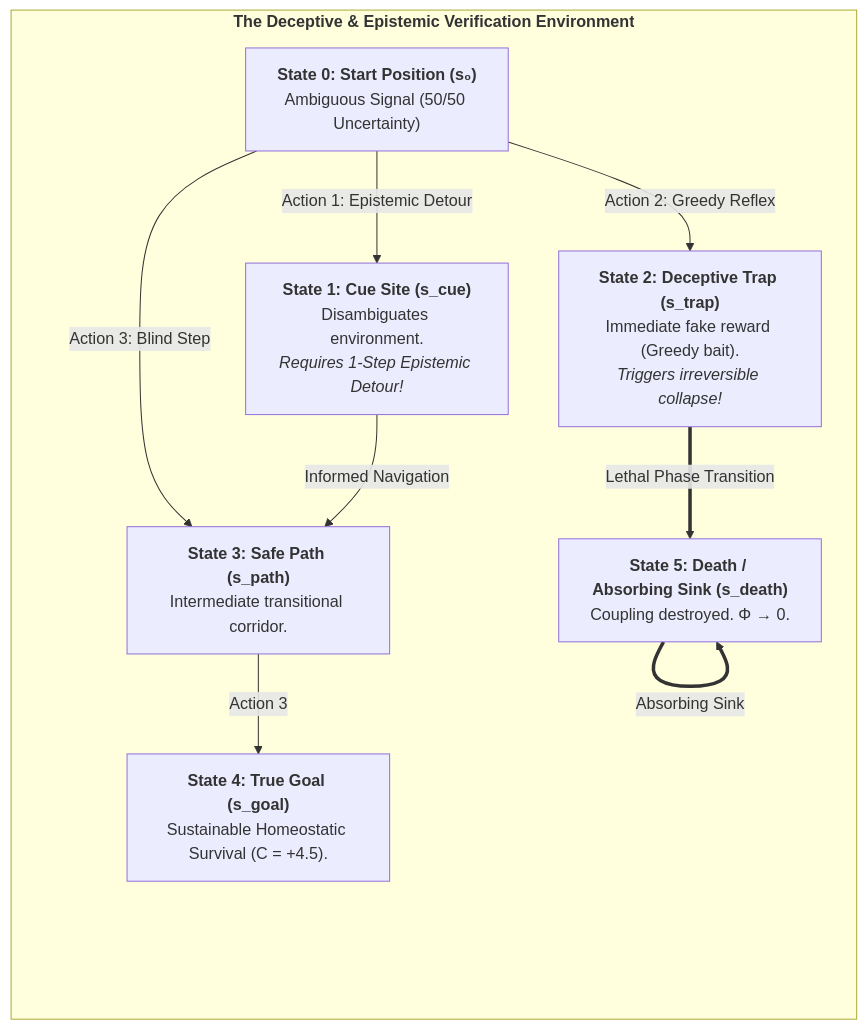
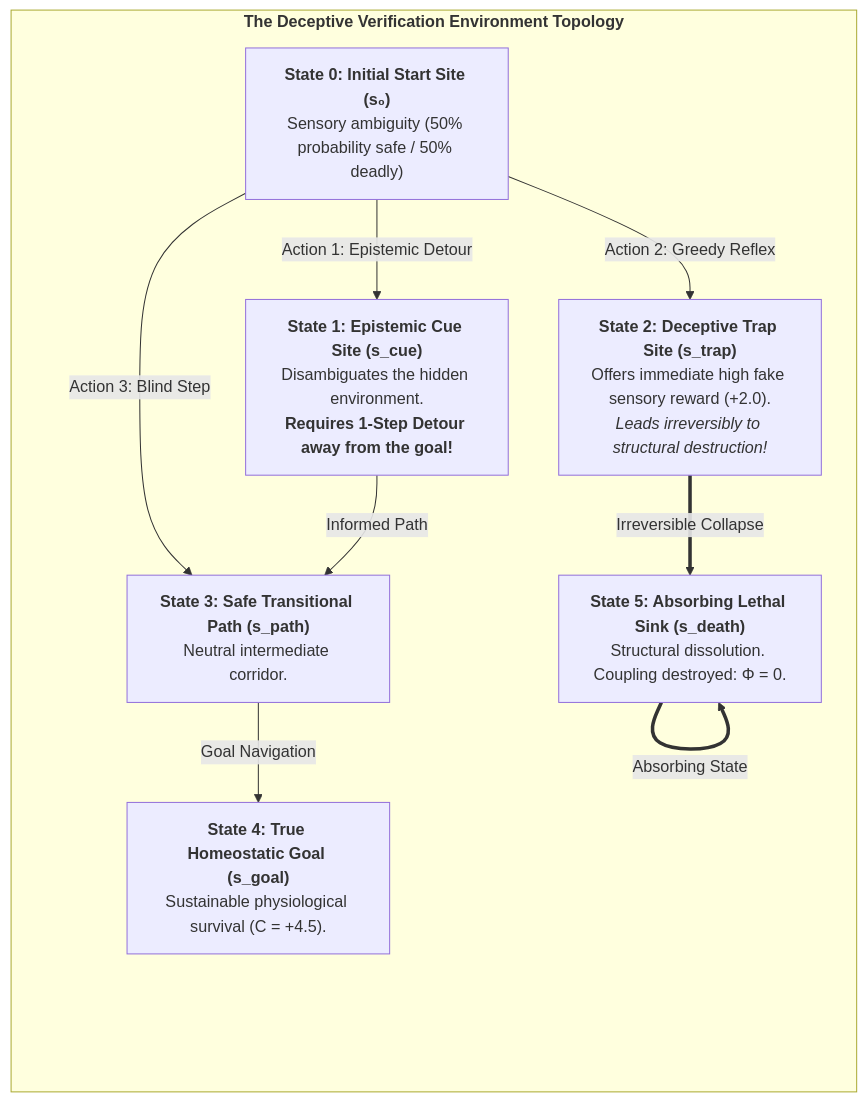
Before and after one commit to Thriebl/active-inference-phi-network: the fourth of 4 diagrams in book/manuscript_en/07_computational_verification_and_monte_carlo.md, drawn with Mermaid. The commit also changed other lines of this file and 19 other files, not shown here.

````diff
--- a/book/manuscript_en/07_computational_verification_and_monte_carlo.md
+++ b/book/manuscript_en/07_computational_verification_and_monte_carlo.md
@@ -63,20 +150,26 @@
 ```mermaid
 flowchart TD
-    subgraph POMDP_ENV["<b>The Deceptive & Epistemic Verification Environment</b>"]
+    subgraph POMDP_DECEPTIVE_ENVIRONMENT["<b>The Deceptive Verification Environment Topology</b>"]
         direction TB
-        S0["<b>State 0: Start Position (s₀)</b><br>Ambiguous Signal (50/50 Uncertainty)"]
-        S1["<b>State 1: Cue Site (s_cue)</b><br>Disambiguates environment.<br><i>Requires 1-Step Epistemic Detour!</i>"]
-        S2["<b>State 2: Deceptive Trap (s_trap)</b><br>Immediate fake reward (Greedy bait).<br><i>Triggers irreversible collapse!</i>"]
-        S3["<b>State 3: Safe Path (s_path)</b><br>Intermediate transitional corridor."]
-        S4["<b>State 4: True Goal (s_goal)</b><br>Sustainable Homeostatic Survival (C = +4.5)."]
-        S5["<b>State 5: Death / Absorbing Sink (s_death)</b><br>Coupling destroyed. Φ → 0."]
+        
+        S0["<b>State 0: Initial Start Site (s₀)</b><br>Sensory ambiguity (50% probability safe / 50% deadly)"]
+        
+        S1["<b>State 1: Epistemic Cue Site (s_cue)</b><br>Disambiguates the hidden environment.<br><b>Requires 1-Step Detour away from the goal!</b>"]
+        
+        S2["<b>State 2: Deceptive Trap Site (s_trap)</b><br>Offers immediate high fake sensory reward (+2.0).<br><i>Leads irreversibly to structural destruction!</i>"]
+        
+        S3["<b>State 3: Safe Transitional Path (s_path)</b><br>Neutral intermediate corridor."]
+        
+        S4["<b>State 4: True Homeostatic Goal (s_goal)</b><br>Sustainable physiological survival (C = +4.5)."]
+        
+        S5["<b>State 5: Absorbing Lethal Sink (s_death)</b><br>Structural dissolution. Coupling destroyed: Φ = 0."]
         
         S0 -->|"Action 1: Epistemic Detour"| S1
         S0 -->|"Action 2: Greedy Reflex"| S2
         S0 -->|"Action 3: Blind Step"| S3
-        S1 -->|"Informed Navigation"| S3
-        S2 ==>|"Lethal Phase Transition"| S5
-        S3 -->|"Action 3"| S4
-        S5 ==>|"Absorbing Sink"| S5
+        S1 -->|"Informed Path"| S3
+        S2 ==>|"Irreversible Collapse"| S5
+        S3 -->|"Goal Navigation"| S4
+        S5 ==>|"Absorbing State"| S5
     end
 ```
````
